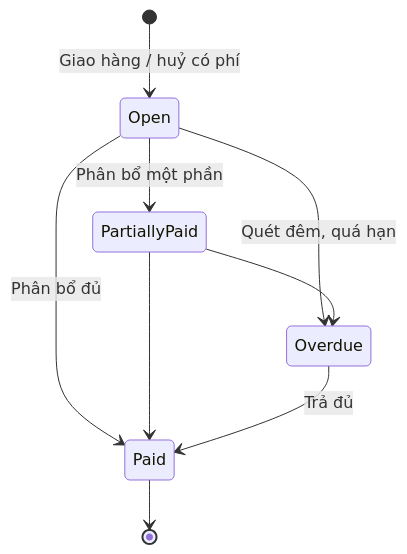
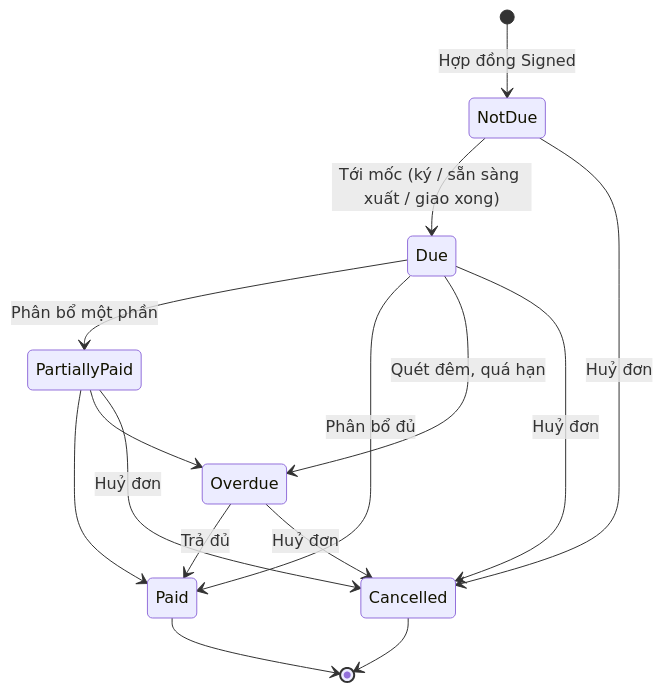
The first of 2 diagrams in docs/ecommerce/15-payment/README.md (KLTN-FA26/docs), drawn with Mermaid before and after one commit. The commit also changed other lines of this file and 26 other files, not shown here.

````diff
--- a/docs/ecommerce/15-payment/README.md
+++ b/docs/ecommerce/15-payment/README.md
@@ -189,11 +171,17 @@
 ```mermaid
 stateDiagram-v2
-    [*] --> Open: Giao hàng / huỷ có phí
-    Open --> PartiallyPaid: Phân bổ một phần
-    Open --> Paid: Phân bổ đủ
-    Open --> Overdue: Quét đêm, quá hạn
+    [*] --> NotDue: Hợp đồng Signed
+    NotDue --> Due: Tới mốc (ký / sẵn sàng xuất / giao xong)
+    Due --> PartiallyPaid: Phân bổ một phần
+    Due --> Paid: Phân bổ đủ
+    Due --> Overdue: Quét đêm, quá hạn
     PartiallyPaid --> Paid
     PartiallyPaid --> Overdue
     Overdue --> Paid: Trả đủ
+    NotDue --> Cancelled: Huỷ đơn
+    Due --> Cancelled: Huỷ đơn
+    PartiallyPaid --> Cancelled: Huỷ đơn
+    Overdue --> Cancelled: Huỷ đơn
     Paid --> [*]
+    Cancelled --> [*]
 ```
````
